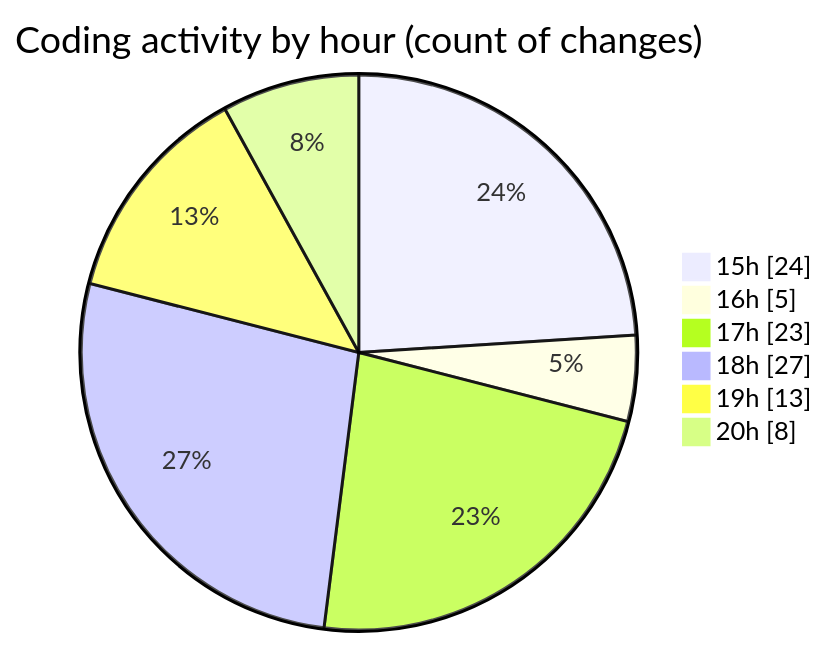
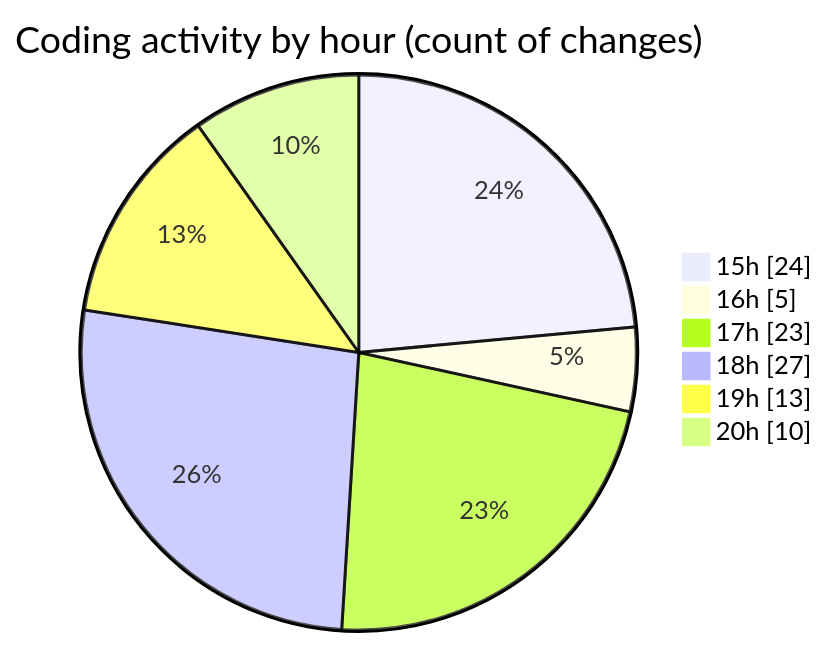
The second of 2 diagrams in 2025-08-02/tw-server/README.md (EIIisD/code-tracking), drawn with Mermaid before and after one commit. The commit also changed other lines of this file and 1 other file, not shown here.

````diff
--- a/2025-08-02/tw-server/README.md
+++ b/2025-08-02/tw-server/README.md
@@ -36,10 +36,10 @@
 ```mermaid
 pie showData
 title Coding activity by hour (count of changes)
 "15h" : 24
 "16h" : 5
 "17h" : 23
 "18h" : 27
 "19h" : 13
-"20h" : 8
+"20h" : 10
 ```
````
